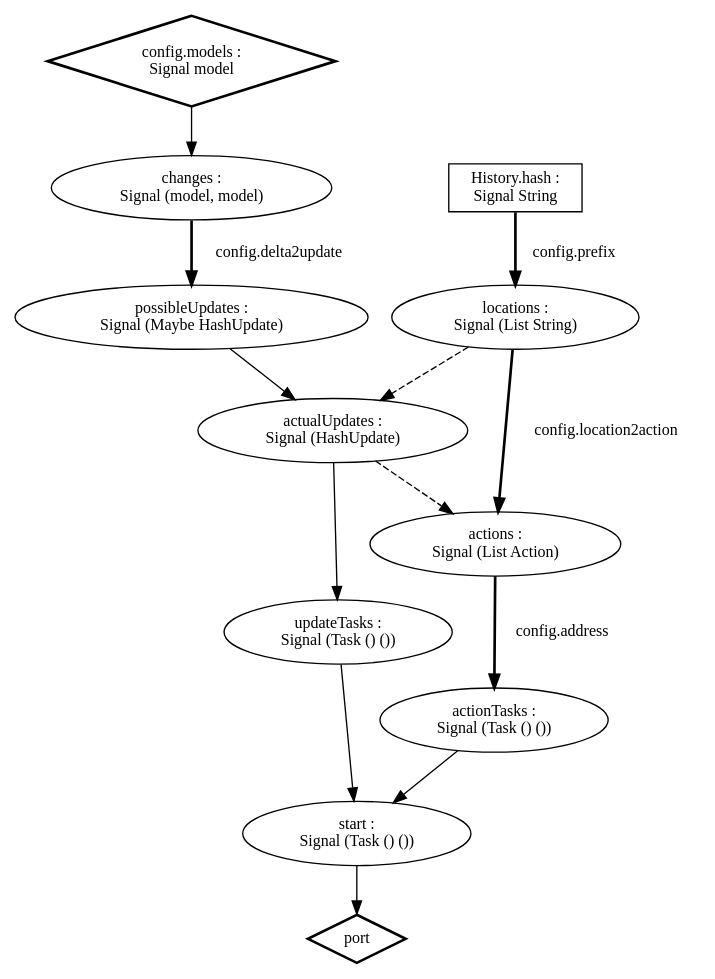
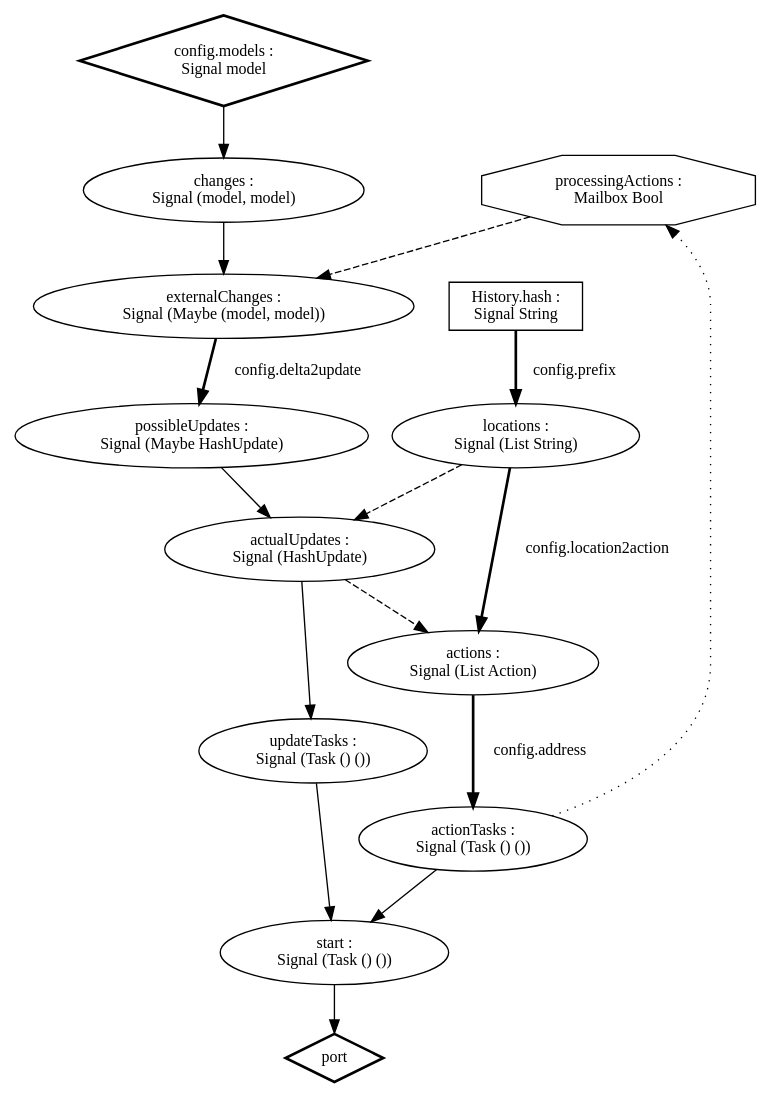
One commit to rgrempel/elm-route-url changed the diagram in signals.gv. Above: the diagram before and after it, drawn with Graphviz. The commit also changed 3 other files, not shown here.

```diff
--- a/signals.gv
+++ b/signals.gv
@@ -1,98 +1,119 @@
 digraph "signals" {
     node
         [ fontsize = 12
         ];
     
     edge 
         [ fontsize = 12
         ];
 
     config_models
         [ label = "config.models :\nSignal model"
         , shape = "diamond"
         , style = "bold"
         ];
 
+    module_processing_actions
+        [ label = "processingActions :\nMailbox Bool"
+        , shape = "octagon"
+        ];
+
     module_changes
         [ label = "changes :\nSignal (model, model)"
         ];
 
+    { rank=same; module_changes module_processing_actions }
+
+    module_external_changes
+        [ label = "externalChanges :\nSignal (Maybe (model, model))"
+        ];
+
     config_models -> module_changes
+
+    module_changes -> module_external_changes
 
     history_hash
         [ label = "History.hash :\nSignal String"
         , shape = "box"
         ];
 
     module_locations
         [ label = "locations :\nSignal (List String)"
         ];
 
     history_hash -> module_locations
         [ label = "  config.prefix"
         , style = "bold"
         ]
 
     module_possible_updates
         [ label = "possibleUpdates :\nSignal (Maybe HashUpdate)"
         ];
 
-    module_changes -> module_possible_updates
+    module_external_changes -> module_possible_updates
         [ label = "  config.delta2update"
         , style = "bold"
         ];
 
     module_actual_updates
         [ label = "actualUpdates :\nSignal (HashUpdate)"
         ];
 
     module_possible_updates -> module_actual_updates
 
     module_locations -> module_actual_updates
         [ style = "dashed"
         ];
 
     module_update_tasks
         [ label = "updateTasks :\nSignal (Task () ())"
         ];
 
     module_actions
         [ label = "actions :\nSignal (List Action)"
         ];
 
     module_locations -> module_actions
         [ label = "  config.location2action"
         , style = "bold"
         ];
 
     module_actual_updates -> module_actions
         [ style = "dashed"
         ];
 
     module_actual_updates -> module_update_tasks
 
     module_action_tasks
         [ label = "actionTasks :\nSignal (Task () ())"
         ];
 
+    module_action_tasks -> module_processing_actions
+        [ style = "dotted"
+        ]; 
+    
+    module_processing_actions -> module_external_changes
+        [ style = "dashed"
+        ];
+
     module_actions -> module_action_tasks
         [ label = "  config.address"
         , style = "bold"
         ]
 
     module_start
         [ label = "start :\nSignal (Task () ())"
         ];
 
     module_action_tasks -> module_start
 
     module_update_tasks -> module_start
 
     config_port
         [ label = "port"
         , shape = "diamond"
         , style = "bold"
         ];
 
     module_start -> config_port
 }
```
